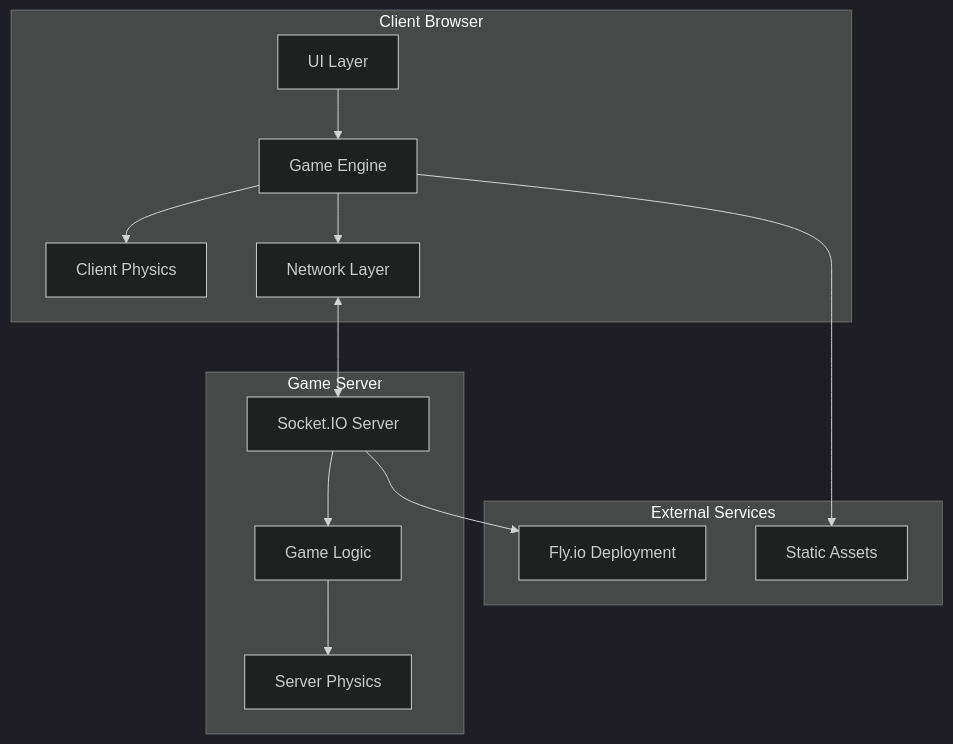
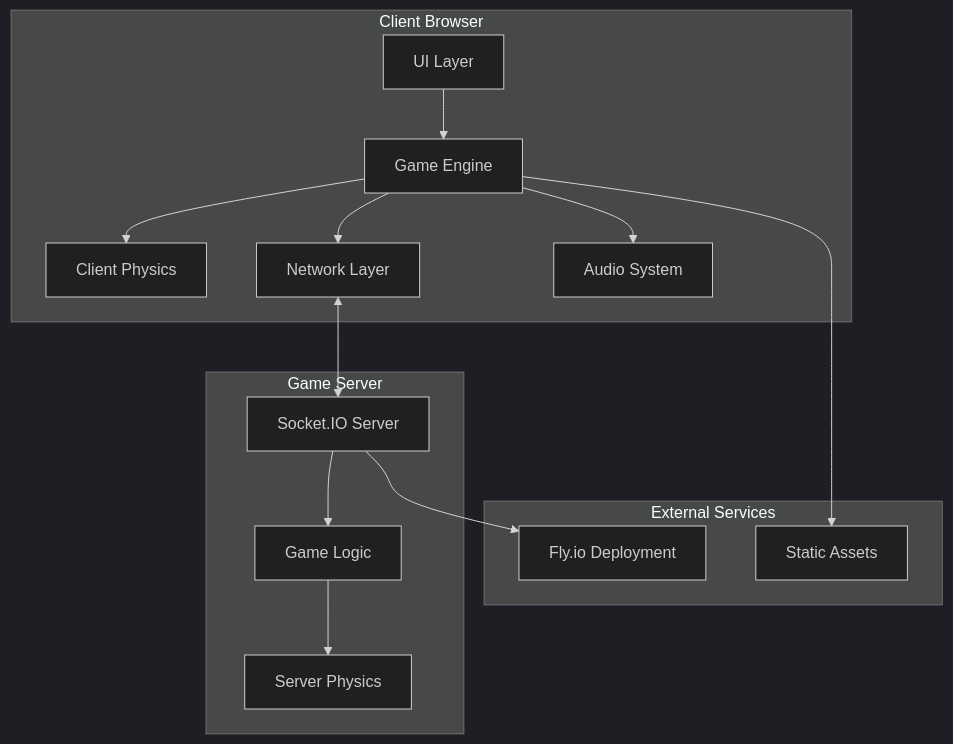
One commit to SeanOnamade/wreckless changed the first of 2 diagrams in docs/TECHNICAL_OVERVIEW.md. Above: the diagram before and after it, drawn with Mermaid (dark theme). The commit also changed other lines of this file and 40 other files, not shown here.

````diff
--- a/docs/TECHNICAL_OVERVIEW.md
+++ b/docs/TECHNICAL_OVERVIEW.md
@@ -48,32 +48,34 @@
 ```mermaid
 graph TB
     subgraph "Client Browser"
         UI[UI Layer]
         Game[Game Engine]
         Physics[Client Physics]
         Net[Network Layer]
+        Audio[Audio System]
         
         UI --> Game
         Game --> Physics
         Game --> Net
+        Game --> Audio
     end
     
     subgraph "Game Server"
         Server[Socket.IO Server]
         Logic[Game Logic]
         ServerPhysics[Server Physics]
         
         Server --> Logic
         Logic --> ServerPhysics
     end
     
     Net <--> Server
     
     subgraph "External Services"
         Fly[Fly.io Deployment]
         Assets[Static Assets]
     end
     
     Server --> Fly
     Game --> Assets
 ```
````
